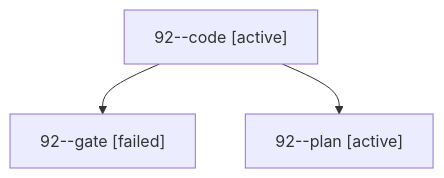
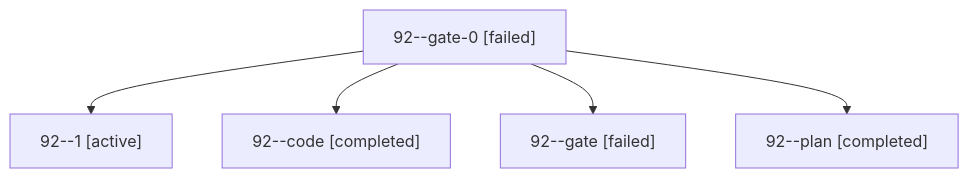
The diagram in sessions/bbugyi200.apollo.92.md (sase-org/sase--agents), drawn with Mermaid before and after one commit. The commit also changed other lines of this file and 25 other files, not shown here.

````diff
--- a/sessions/bbugyi200.apollo.92.md
+++ b/sessions/bbugyi200.apollo.92.md
@@ -9,8 +9,12 @@
 ```mermaid
 flowchart TD
-  n0["92--code [active]"]
-  n1["92--gate [failed]"]
+  n0["92--gate-0 [failed]"]
+  n1["92--1 [active]"]
   n0 --> n1
-  n2["92--plan [active]"]
+  n2["92--code [completed]"]
   n0 --> n2
+  n3["92--gate [failed]"]
+  n0 --> n3
+  n4["92--plan [completed]"]
+  n0 --> n4
 ```
````
